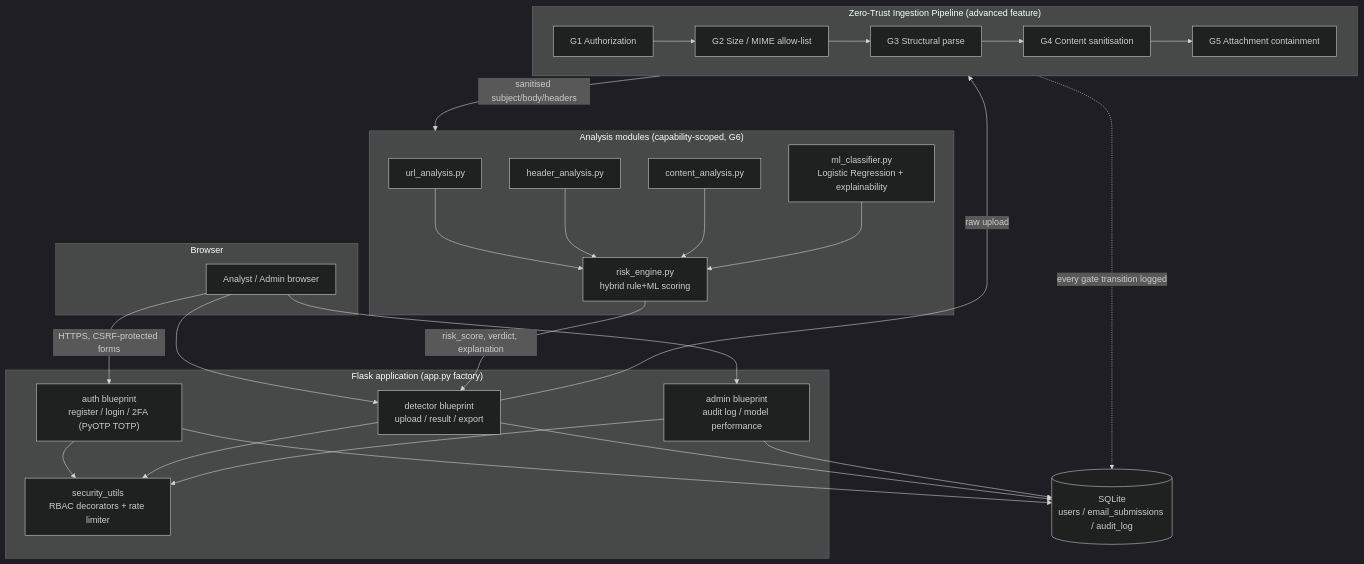
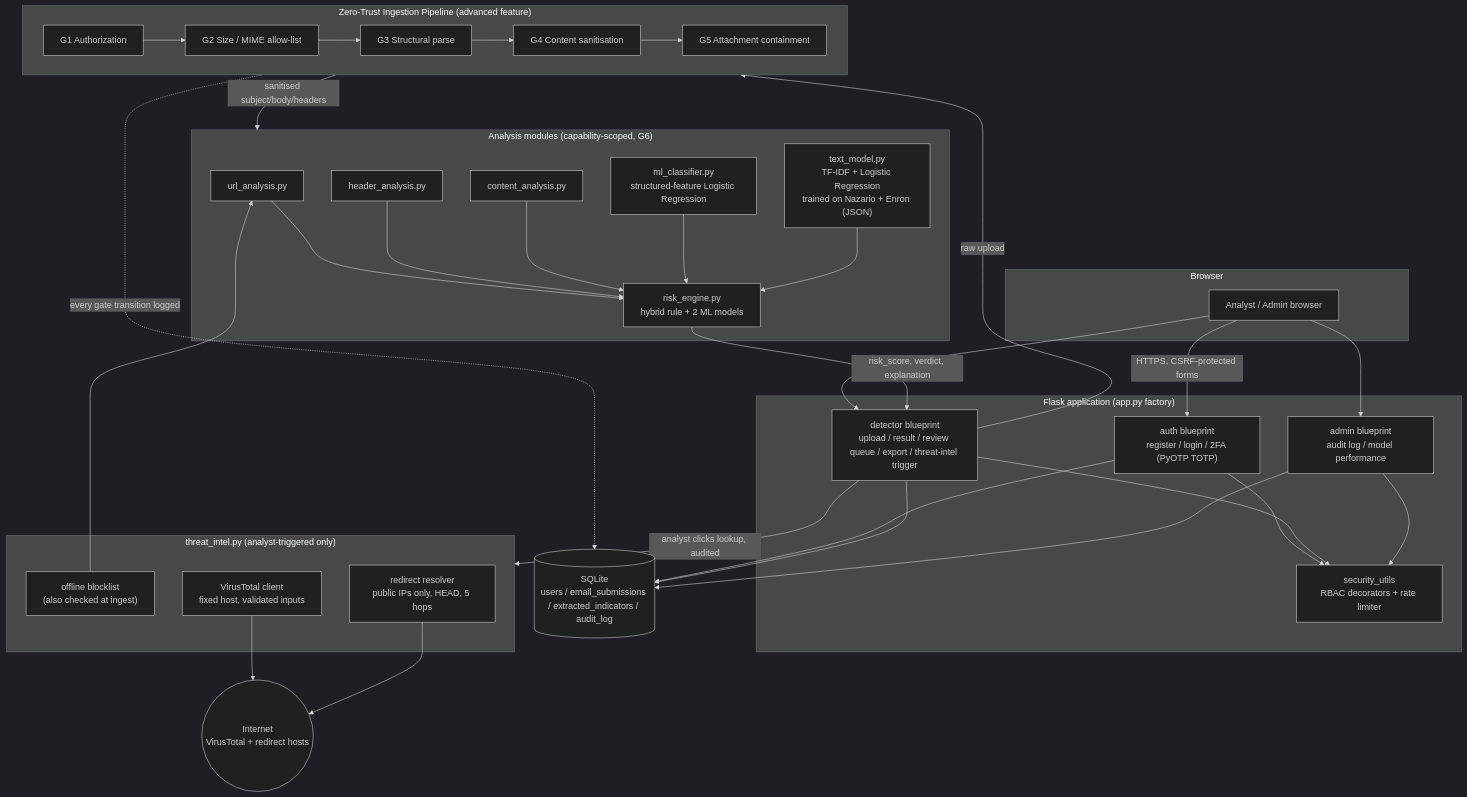
The first of 3 diagrams in docs/architecture.md (sawntosh/phishing-email-detection-system), drawn with Mermaid (dark theme) before and after one commit. The commit also changed other lines of this file and 29 other files, not shown here.

Commit message:
Add real-corpus text model, threat intel, redirect checks, review queue

````diff
--- a/docs/architecture.md
+++ b/docs/architecture.md
@@ -5,50 +5,63 @@
 ```mermaid
 flowchart TB
     subgraph Browser
         UI[Analyst / Admin browser]
     end
 
     subgraph FlaskApp["Flask application (app.py factory)"]
         AUTH["auth blueprint<br/>register / login / 2FA (PyOTP TOTP)"]
-        DET["detector blueprint<br/>upload / result / export"]
+        DET["detector blueprint<br/>upload / result / review queue / export / threat-intel trigger"]
         ADM["admin blueprint<br/>audit log / model performance"]
         SEC["security_utils<br/>RBAC decorators + rate limiter"]
     end
 
     subgraph ZT["Zero-Trust Ingestion Pipeline (advanced feature)"]
         G1[G1 Authorization]
         G2[G2 Size / MIME allow-list]
         G3[G3 Structural parse]
         G4[G4 Content sanitisation]
         G5[G5 Attachment containment]
         G1-->G2-->G3-->G4-->G5
     end
 
     subgraph Analysis["Analysis modules (capability-scoped, G6)"]
         URLM[url_analysis.py]
         HDR[header_analysis.py]
         CONT[content_analysis.py]
-        ML["ml_classifier.py<br/>Logistic Regression + explainability"]
-        RISK["risk_engine.py<br/>hybrid rule+ML scoring"]
+        ML["ml_classifier.py<br/>structured-feature Logistic Regression"]
+        TXT["text_model.py<br/>TF-IDF + Logistic Regression<br/>trained on Nazario + Enron (JSON)"]
+        RISK["risk_engine.py<br/>hybrid rule + 2 ML models"]
     end
 
-    DB[("SQLite<br/>users / email_submissions / audit_log")]
+    subgraph Intel["threat_intel.py (analyst-triggered only)"]
+        BL["offline blocklist<br/>(also checked at ingest)"]
+        VT["VirusTotal client<br/>fixed host, validated inputs"]
+        RR["redirect resolver<br/>public IPs only, HEAD, 5 hops"]
+    end
+
+    DB[("SQLite<br/>users / email_submissions / extracted_indicators / audit_log")]
+    NET(("Internet<br/>VirusTotal + redirect hosts"))
 
     UI -->|HTTPS, CSRF-protected forms| AUTH
     UI --> DET
     UI --> ADM
     AUTH --> SEC
     DET --> SEC
     ADM --> SEC
     DET -->|raw upload| ZT
     ZT -->|sanitised subject/body/headers| Analysis
     URLM --> RISK
     HDR --> RISK
     CONT --> RISK
     ML --> RISK
+    TXT --> RISK
+    BL --> URLM
+    DET -->|analyst clicks lookup, audited| Intel
+    VT --> NET
+    RR --> NET
     RISK -->|risk_score, verdict, explanation| DET
     AUTH --> DB
     DET --> DB
     ADM --> DB
     ZT -.->|every gate transition logged| DB
 ```
````
